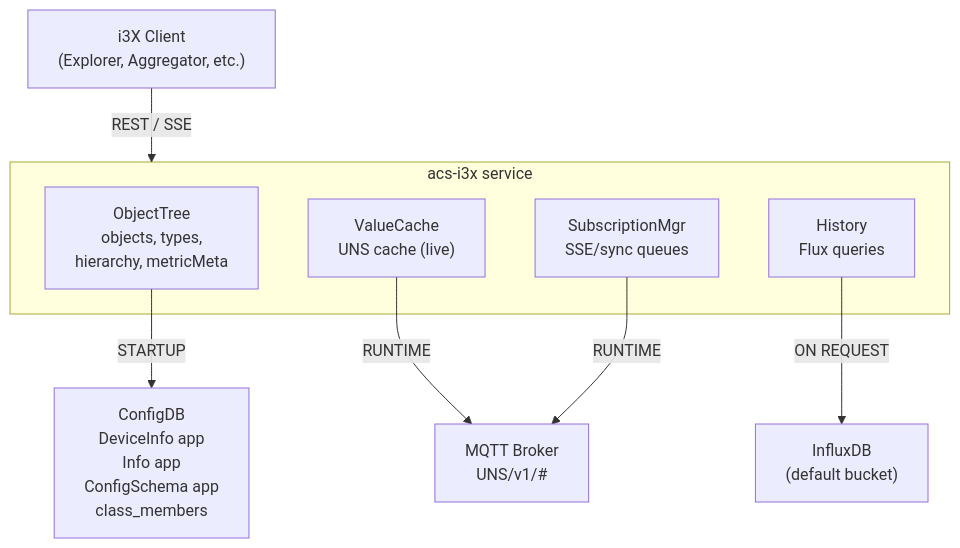
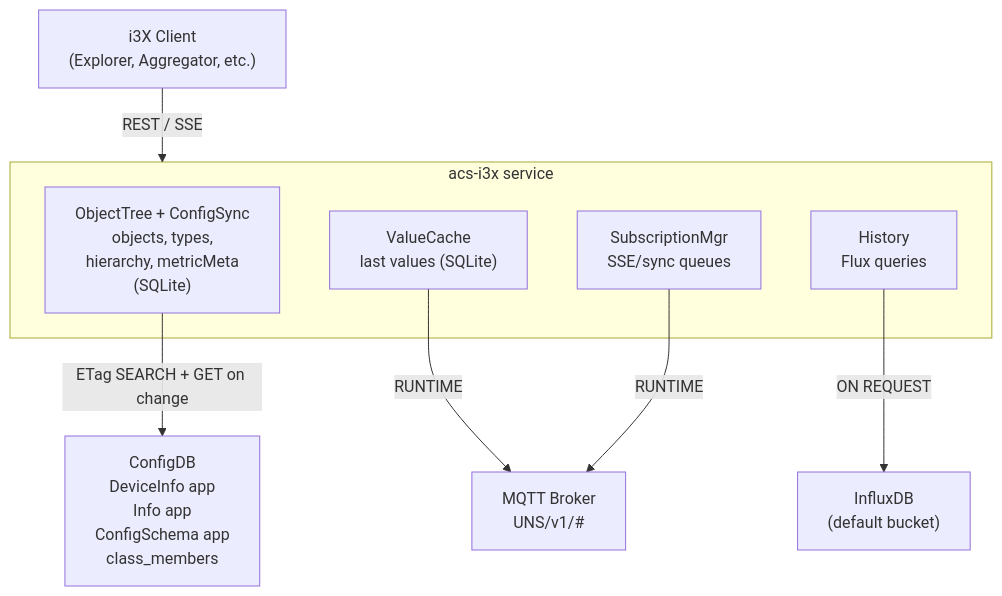
One commit to AMRC-FactoryPlus/amrc-connectivity-stack changed the first of 5 diagrams in acs-i3x/docs/architecture.md. Above: the diagram before and after it, drawn with Mermaid. The commit also changed other lines of this file and 4 other files, not shown here.

First line of the commit message:
i3X docs: describe the SQLite store and ConfigDB sync

````diff
--- a/acs-i3x/docs/architecture.md
+++ b/acs-i3x/docs/architecture.md
@@ -5,21 +5,21 @@
 ```mermaid
 graph TB
     Client["i3X Client<br/>(Explorer, Aggregator, etc.)"]
     
     subgraph acs-i3x["acs-i3x service"]
-        OT["ObjectTree<br/>objects, types,<br/>hierarchy, metricMeta"]
-        VC["ValueCache<br/>UNS cache (live)"]
+        OT["ObjectTree + ConfigSync<br/>objects, types,<br/>hierarchy, metricMeta<br/>(SQLite)"]
+        VC["ValueCache<br/>last values (SQLite)"]
         HI["History<br/>Flux queries"]
         SM["SubscriptionMgr<br/>SSE/sync queues"]
     end
     
     ConfigDB["ConfigDB<br/>DeviceInfo app<br/>Info app<br/>ConfigSchema app<br/>class_members"]
     MQTT["MQTT Broker<br/>UNS/v1/#"]
     InfluxDB["InfluxDB<br/>(default bucket)"]
     
     Client -->|"REST / SSE"| acs-i3x
-    OT -->|"STARTUP"| ConfigDB
+    OT -->|"ETag SEARCH + GET on change"| ConfigDB
     VC -->|"RUNTIME"| MQTT
     HI -->|"ON REQUEST"| InfluxDB
     SM -->|"RUNTIME"| MQTT
 ```
````
